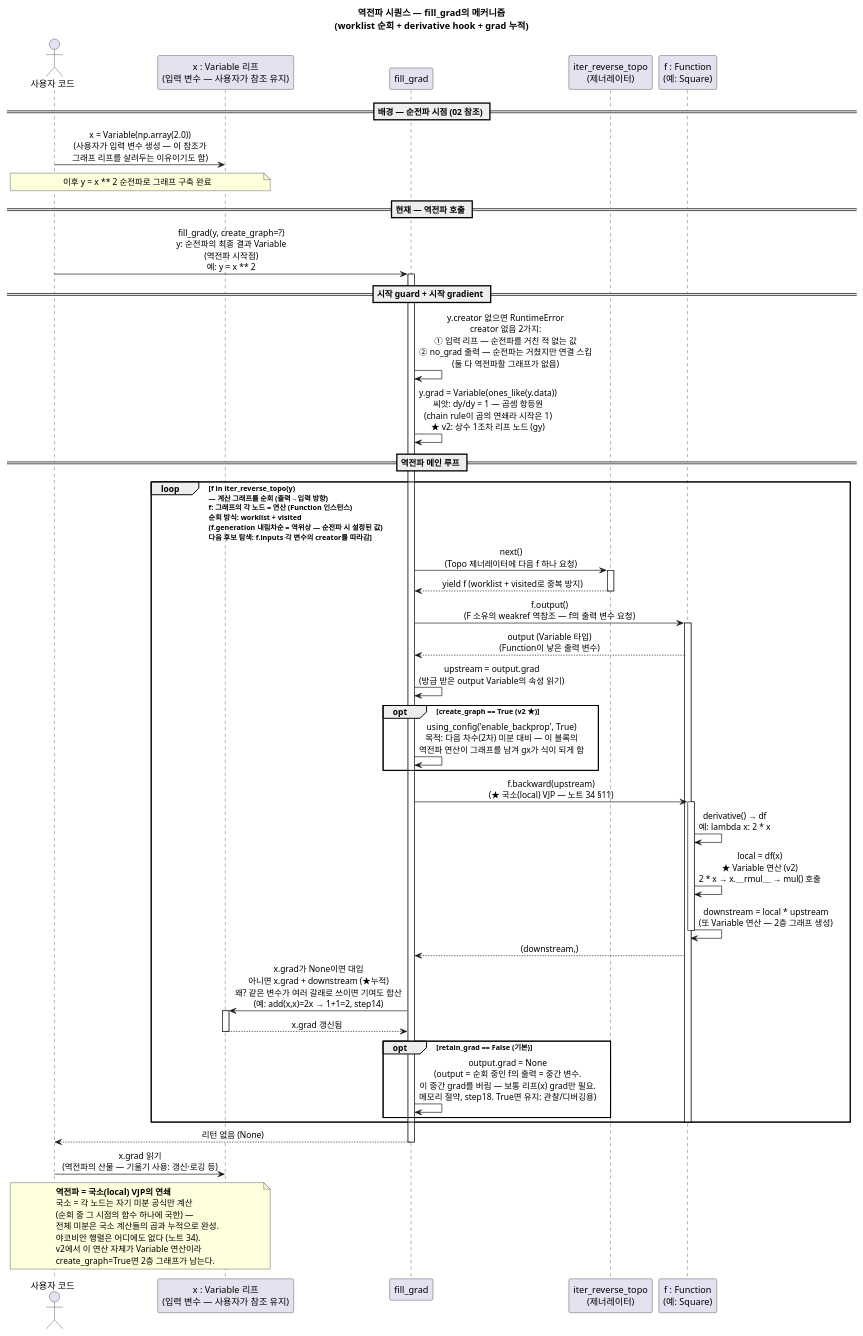
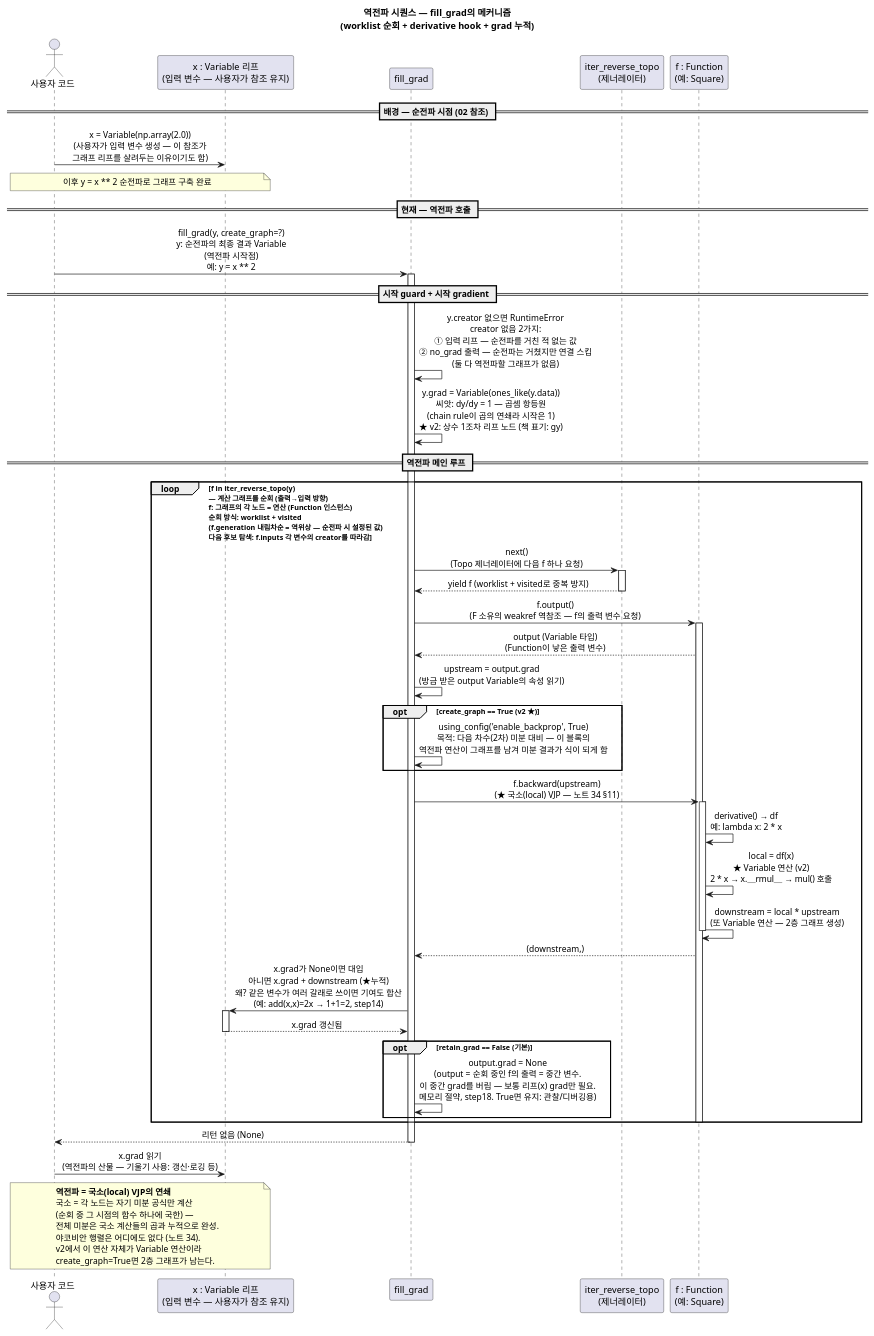
One commit to ghjang/deep-learning-from-scratch-3 changed the diagram in notes/diagrams/v2/03_backward_sequence.puml. Above: the diagram before and after it, drawn with PlantUML. The commit also changed 4 other files, not shown here.

First line of the commit message:
docs(diagrams): 04~06 dezero 표기(gx/gy)를 rezero 표기로 개명 + 일관성 점검

```diff
--- a/notes/diagrams/v2/03_backward_sequence.puml
+++ b/notes/diagrams/v2/03_backward_sequence.puml
@@ -1,77 +1,77 @@
 @startuml 03_backward_sequence
 title 역전파 시퀀스 — fill_grad의 메커니즘\n(worklist 순회 + derivative hook + grad 누적)
 
 skinparam shadowing false
 skinparam sequenceMessageAlign center
 
 actor "사용자 코드" as User
 participant "x : Variable 리프\n(입력 변수 — 사용자가 참조 유지)" as X
 participant "fill_grad" as FG
 participant "iter_reverse_topo\n(제너레이터)" as Topo
 participant "f : Function\n(예: Square)" as F
 
 == 배경 — 순전파 시점 (02 참조) ==
 
 User -> X : x = Variable(np.array(2.0))\n(사용자가 입력 변수 생성 — 이 참조가\n그래프 리프를 살려두는 이유이기도 함)
 note over User, X : 이후 y = x ** 2 순전파로 그래프 구축 완료
 
 == 현재 — 역전파 호출 ==
 
 User -> FG : fill_grad(y, create_graph=?)\ny: 순전파의 최종 결과 Variable\n(역전파 시작점)\n예: y = x ** 2
 activate FG
 
 == 시작 guard + 시작 gradient ==
 
 FG -> FG : y.creator 없으면 RuntimeError\ncreator 없음 2가지:\n① 입력 리프 — 순전파를 거친 적 없는 값\n② no_grad 출력 — 순전파는 거쳤지만 연결 스킵\n(둘 다 역전파할 그래프가 없음)
-FG -> FG : y.grad = Variable(ones_like(y.data))\n씨앗: dy/dy = 1 — 곱셈 항등원\n(chain rule이 곱의 연쇄라 시작은 1)\n★ v2: 상수 1조차 리프 노드 (gy)
+FG -> FG : y.grad = Variable(ones_like(y.data))\n씨앗: dy/dy = 1 — 곱셈 항등원\n(chain rule이 곱의 연쇄라 시작은 1)\n★ v2: 상수 1조차 리프 노드 (책 표기: gy)
 
 == 역전파 메인 루프 ==
 
 loop f in iter_reverse_topo(y)\n— 계산 그래프를 순회 (출력→입력 방향)\nf: 그래프의 각 노드 = 연산 (Function 인스턴스)\n순회 방식: worklist + visited\n(f.generation 내림차순 = 역위상 — 순전파 시 설정된 값)\n다음 후보 탐색: f.inputs 각 변수의 creator를 따라감
   FG -> Topo : next()\n(Topo 제너레이터에 다음 f 하나 요청)
   activate Topo
   Topo --> FG : yield f (worklist + visited로 중복 방지)
   deactivate Topo
 
   FG -> F : f.output()\n(F 소유의 weakref 역참조 — f의 출력 변수 요청)
   activate F
   F --> FG : output (Variable 타입)\n(Function이 낳은 출력 변수)
   FG -> FG : upstream = output.grad\n(방금 받은 output Variable의 속성 읽기)
 
   opt create_graph == True (v2 ★)
-    FG -> FG : using_config('enable_backprop', True)\n목적: 다음 차수(2차) 미분 대비 — 이 블록의\n역전파 연산이 그래프를 남겨 gx가 식이 되게 함
+    FG -> FG : using_config('enable_backprop', True)\n목적: 다음 차수(2차) 미분 대비 — 이 블록의\n역전파 연산이 그래프를 남겨 미분 결과가 식이 되게 함
   end
 
   FG -> F : f.backward(upstream)\n(★ 국소(local) VJP — 노트 34 §11)
   activate F
   F -> F : derivative() → df\n예: lambda x: 2 * x
   F -> F : local = df(x)\n★ Variable 연산 (v2)\n2 * x → x.＿rmul＿ → mul() 호출
   F -> F : downstream = local * upstream\n(또 Variable 연산 — 2층 그래프 생성)
   deactivate F
   F --> FG : (downstream,)
 
   FG -> X : x.grad가 None이면 대입\n아니면 x.grad + downstream (★누적)\n왜? 같은 변수가 여러 갈래로 쓰이면 기여도 합산\n(예: add(x,x)=2x → 1+1=2, step14)
   activate X
   X --> FG : x.grad 갱신됨
   deactivate X
 
   opt retain_grad == False (기본)
     FG -> FG : output.grad = None\n(output = 순회 중인 f의 출력 = 중간 변수.\n이 중간 grad를 버림 — 보통 리프(x) grad만 필요.\n메모리 절약, step18. True면 유지: 관찰/디버깅용)
   end
   deactivate F
 end
 
 FG --> User : 리턴 없음 (None)
 deactivate FG
 User -> X : x.grad 읽기\n(역전파의 산물 — 기울기 사용: 갱신·로깅 등)
 
 note over User, X
   <b>역전파 = 국소(local) VJP의 연쇄</b>
   국소 = 각 노드는 자기 미분 공식만 계산
   (순회 중 그 시점의 함수 하나에 국한) —
   전체 미분은 국소 계산들의 곱과 누적으로 완성.
   야코비안 행렬은 어디에도 없다 (노트 34).
   v2에서 이 연산 자체가 Variable 연산이라
   create_graph=True면 2층 그래프가 남는다.
 end note
 @enduml
```
